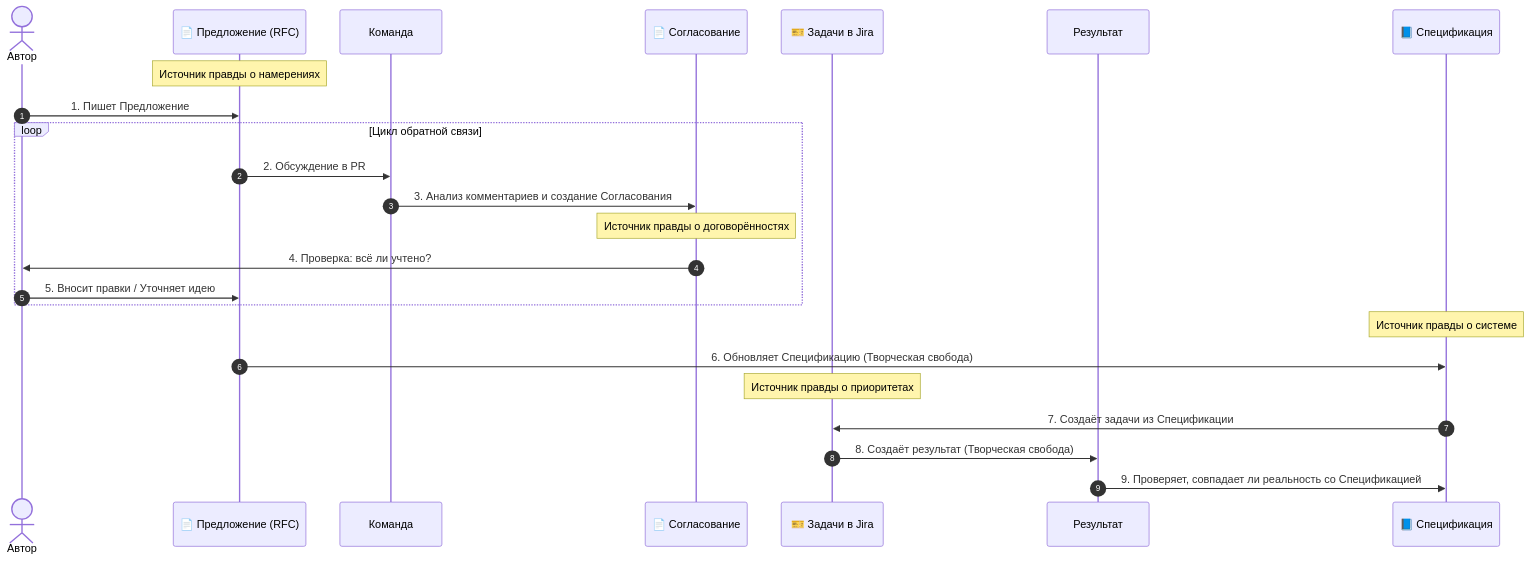
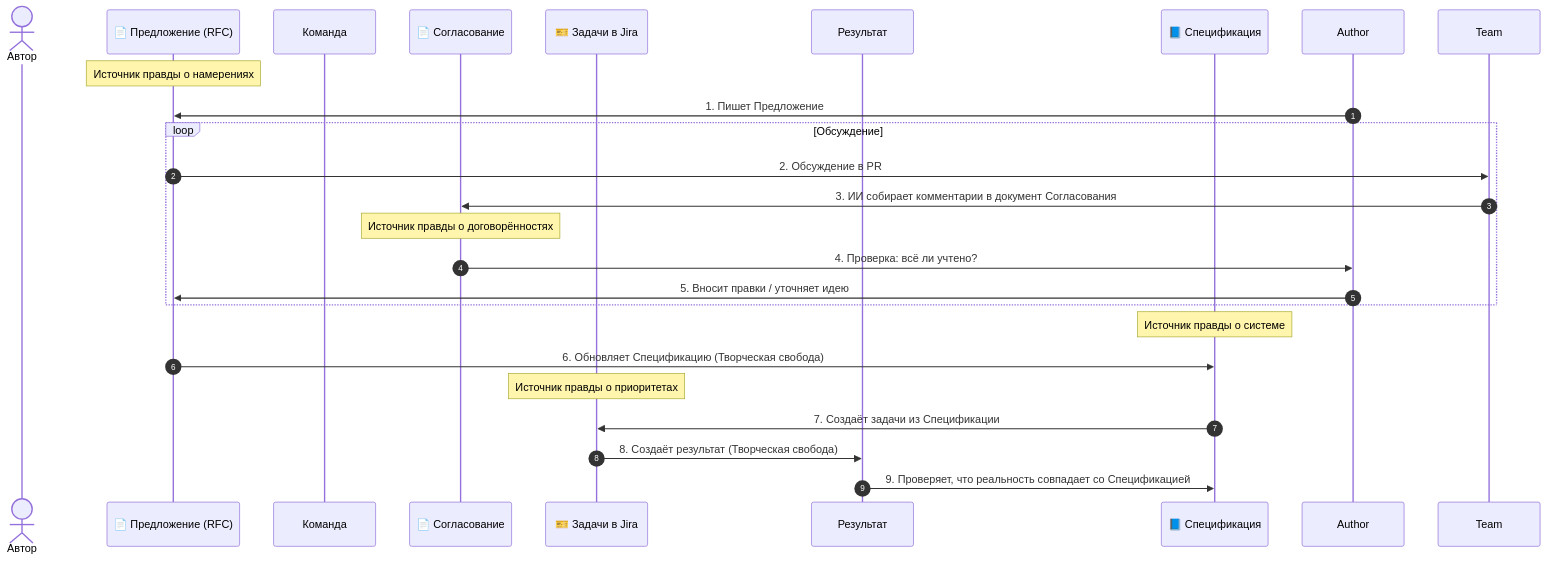
The diagram in translations/simple-ru/company/02_process.md (idealic-ai/docs), drawn with Mermaid before and after one commit. The commit also changed other lines of this file and 11 other files, not shown here.

````diff
--- a/translations/simple-ru/company/02_process.md
+++ b/translations/simple-ru/company/02_process.md
@@ -64,31 +64,31 @@
 ```mermaid
 sequenceDiagram
     autonumber
     actor Автор
     participant Proposal as 📄 Предложение (RFC)
     participant Команда
     participant Alignment as 📄 Согласование
     participant Jira as 🎫 Задачи в Jira
     participant Artifact as Результат
     participant Spec as 📘 Спецификация
 
     Note over Proposal: Источник правды о намерениях
-    Автор->>Proposal: 1. Пишет Предложение
+    Author->>Proposal: 1. Пишет Предложение
 
-    loop Цикл обратной связи
-        Proposal->>Команда: 2. Обсуждение в PR
-        Команда->>Alignment: 3. Анализ комментариев и создание Согласования
+    loop Обсуждение
+        Proposal->>Team: 2. Обсуждение в PR
+        Team->>Alignment: 3. ИИ собирает комментарии в документ Согласования
 
         Note over Alignment: Источник правды о договорённостях
-        Alignment->>Автор: 4. Проверка: всё ли учтено?
-        Автор->>Proposal: 5. Вносит правки / Уточняет идею
+        Alignment->>Author: 4. Проверка: всё ли учтено?
+        Author->>Proposal: 5. Вносит правки / уточняет идею
     end
 
     Note over Spec: Источник правды о системе
     Proposal->>Spec: 6. Обновляет Спецификацию (Творческая свобода)
 
     Note over Jira: Источник правды о приоритетах
     Spec->>Jira: 7. Создаёт задачи из Спецификации
     Jira->>Artifact: 8. Создаёт результат (Творческая свобода)
-    Artifact->>Spec: 9. Проверяет, совпадает ли реальность со Спецификацией
+    Artifact->>Spec: 9. Проверяет, что реальность совпадает со Спецификацией
 ```
````
